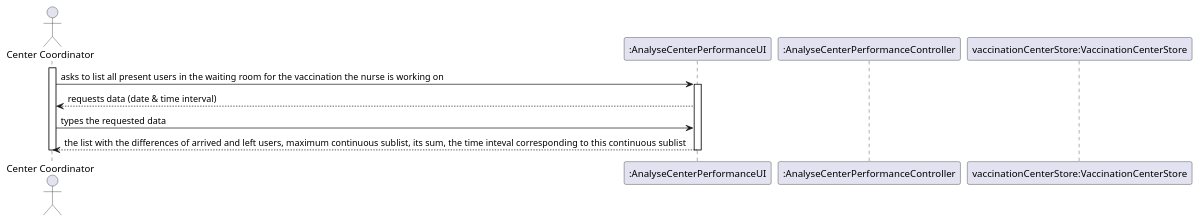
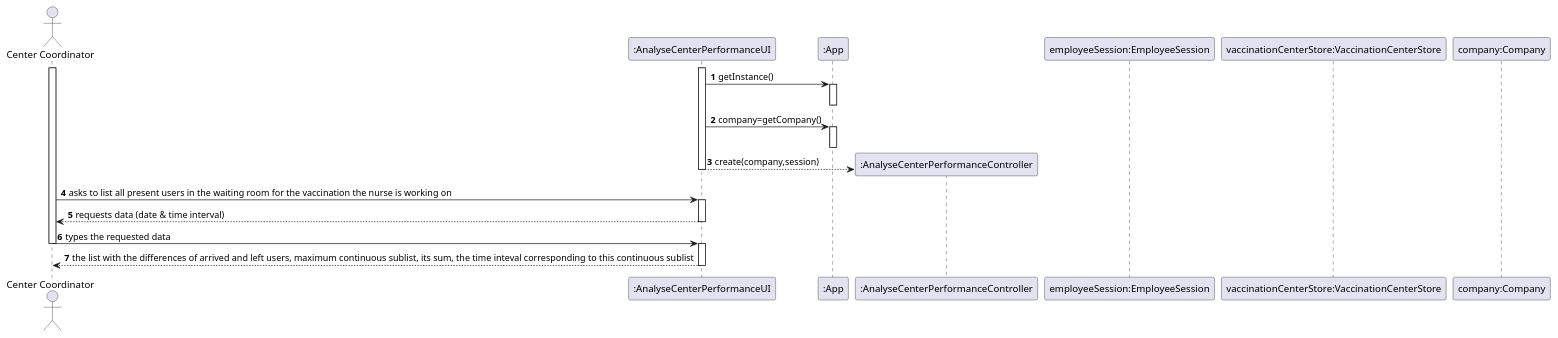
One commit to miseEnPlace-i/lapr2 changed the diagram in docs/SprintD/US16/SD/US16_SD.puml. Above: the diagram before and after it, drawn with PlantUML.

Commit message:
docs(US16): started sd

```diff
--- a/docs/SprintD/US16/SD/US16_SD.puml
+++ b/docs/SprintD/US16/SD/US16_SD.puml
@@ -1,18 +1,35 @@
 @startuml
+autonumber
 
 actor "Center Coordinator" AS COORD
 participant ":AnalyseCenterPerformanceUI" as UI
-participant ":AnalyseCenterPerformanceController" as CTRL
-participant "vaccinationCenterStore:VaccinationCenterStore" as VACCS
+participant ":App" as APP
 
 activate COORD
+activate UI
+UI -> APP : getInstance()
+activate APP
+deactivate APP
+UI -> APP : company=getCompany()
+activate APP
+deactivate APP
+create ":AnalyseCenterPerformanceController" as CTRL
+
+UI --> CTRL : create(company,session)
+deactivate UI
 COORD -> UI : asks to list all present users in the waiting room for the vaccination the nurse is working on
 activate UI
 UI --> COORD : requests data (date & time interval)
+deactivate UI
 COORD -> UI : types the requested data
+
+deactivate COORD
+participant "employeeSession:EmployeeSession" as SESSION
+participant "vaccinationCenterStore:VaccinationCenterStore" as VACCS
+participant "company:Company" as COMP
+
+activate UI
 UI --> COORD : the list with the differences of arrived and left users, maximum continuous sublist, its sum, the time inteval corresponding to this continuous sublist 
 deactivate UI
 
-deactivate COORD
-
 @enduml
```
